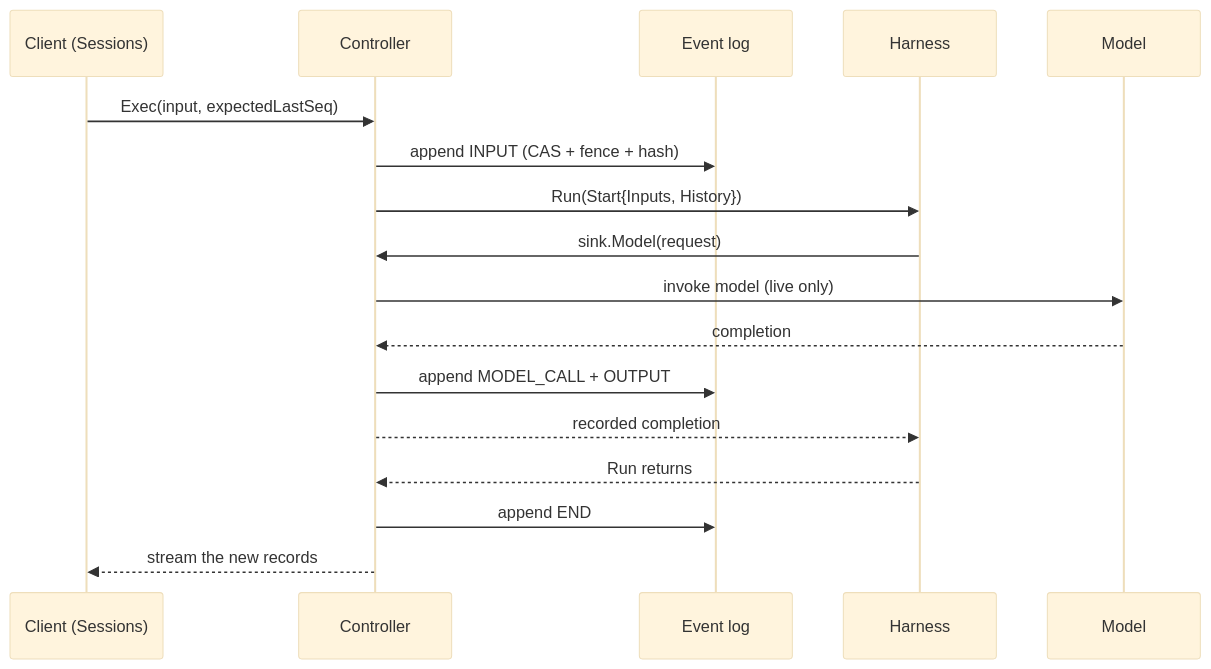
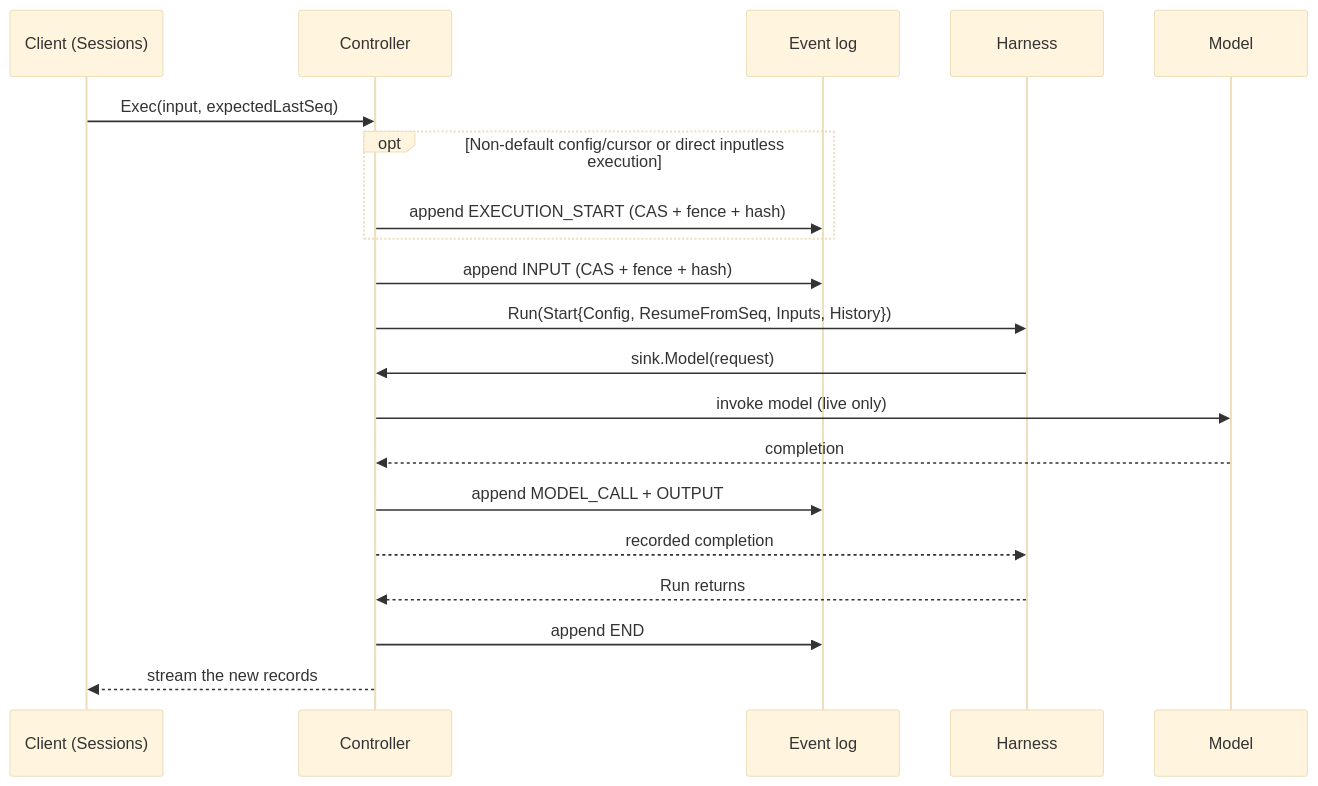
One commit to aramase/agentsessions changed the second of 2 diagrams in docs/concepts.md. Above: the diagram before and after it, drawn with Mermaid (base theme). The commit also changed other lines of this file and 18 other files, not shown here.

Commit message:
fix(controller): journal execution config for reconstruction

````diff
--- a/docs/concepts.md
+++ b/docs/concepts.md
@@ -198,20 +222,23 @@
 ```mermaid
 sequenceDiagram
   participant C as Client (Sessions)
   participant Ctrl as Controller
   participant Log as Event log
   participant H as Harness
   participant M as Model
 
   C->>Ctrl: Exec(input, expectedLastSeq)
+  opt Non-default config/cursor or direct inputless execution
+    Ctrl->>Log: append EXECUTION_START (CAS + fence + hash)
+  end
   Ctrl->>Log: append INPUT (CAS + fence + hash)
-  Ctrl->>H: Run(Start{Inputs, History})
+  Ctrl->>H: Run(Start{Config, ResumeFromSeq, Inputs, History})
   H->>Ctrl: sink.Model(request)
   Ctrl->>M: invoke model (live only)
   M-->>Ctrl: completion
   Ctrl->>Log: append MODEL_CALL + OUTPUT
   Ctrl-->>H: recorded completion
   H-->>Ctrl: Run returns
   Ctrl->>Log: append END
   Ctrl-->>C: stream the new records
 ```
````
